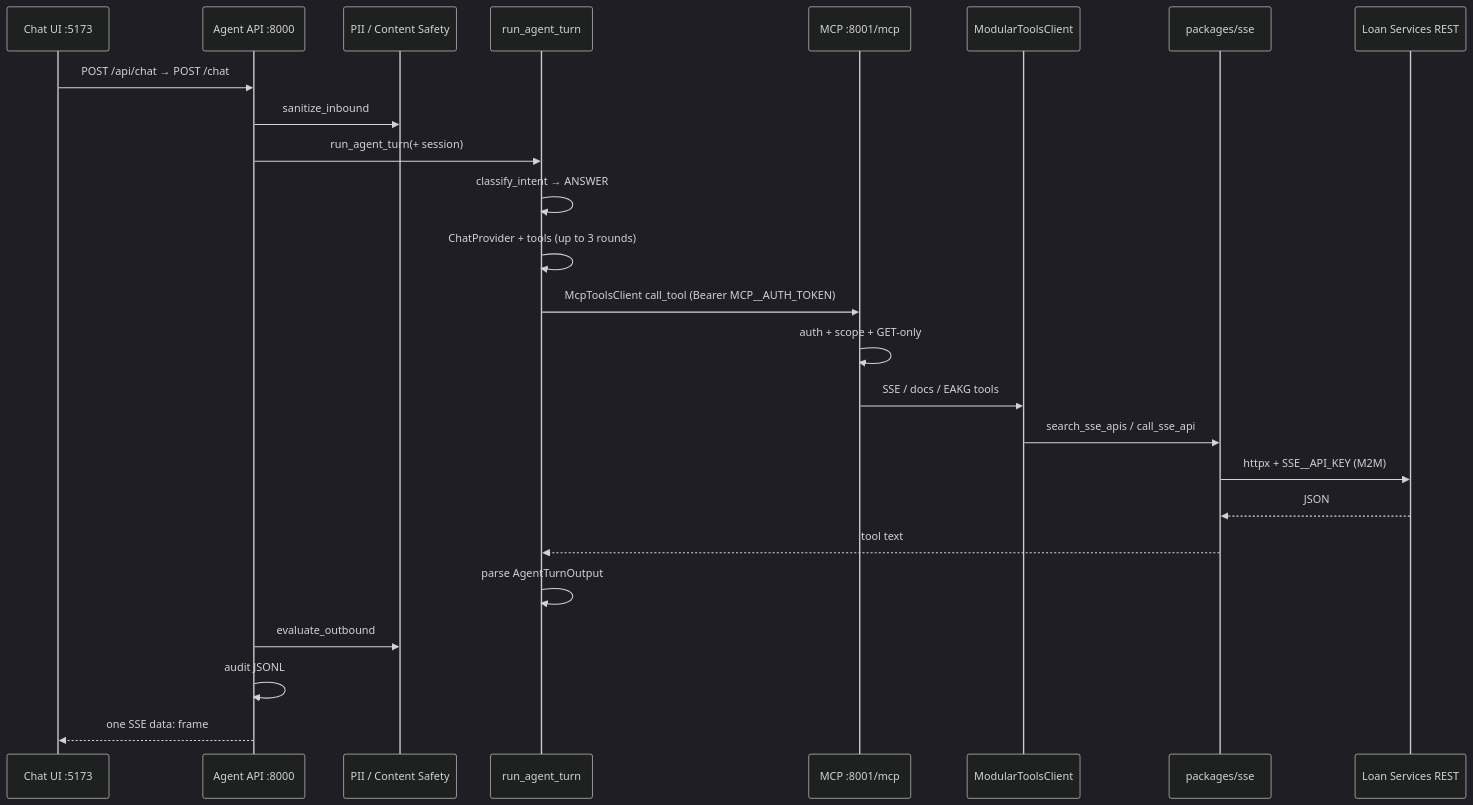
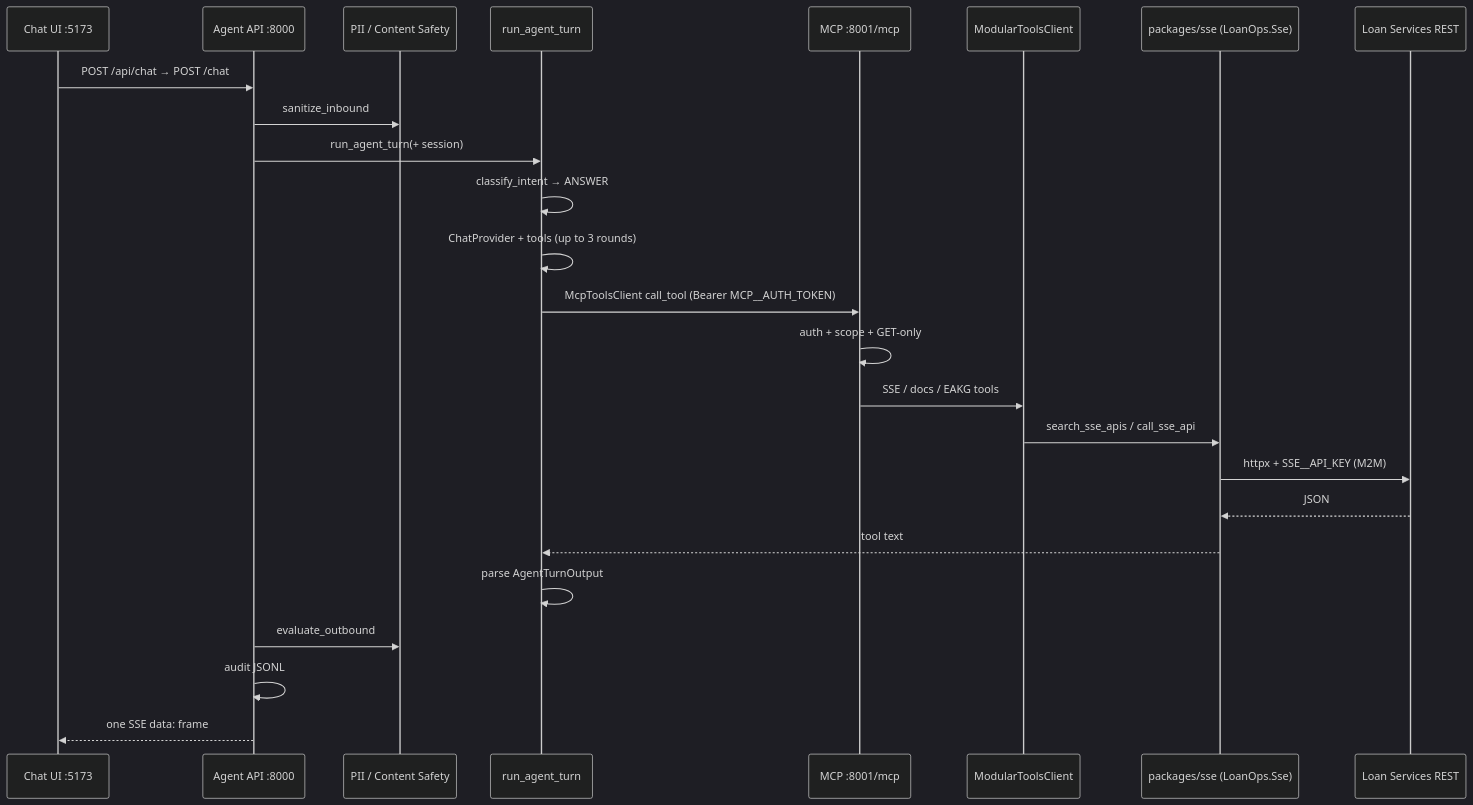
The first of 5 diagrams in docs/FLOWS.md (mohit-bohra-dev/LoanOps-Agent), drawn with Mermaid (dark theme) before and after one commit. The commit also changed other lines of this file and 269 other files, not shown here.

````diff
--- a/docs/FLOWS.md
+++ b/docs/FLOWS.md
@@ -46,28 +46,28 @@
 ```mermaid
 sequenceDiagram
   participant Rep as Chat UI :5173
   participant API as Agent API :8000
   participant Safety as PII / Content Safety
   participant Agent as run_agent_turn
   participant MCP as MCP :8001/mcp
   participant Mod as ModularToolsClient
-  participant SSE as packages/sse
+  participant SSE as packages/sse (LoanOps.Sse)
   participant Host as Loan Services REST
 
   Rep->>API: POST /api/chat → POST /chat
   API->>Safety: sanitize_inbound
   API->>Agent: run_agent_turn(+ session)
   Agent->>Agent: classify_intent → ANSWER
   Agent->>Agent: ChatProvider + tools (up to 3 rounds)
   Agent->>MCP: McpToolsClient call_tool (Bearer MCP__AUTH_TOKEN)
   MCP->>MCP: auth + scope + GET-only
   MCP->>Mod: SSE / docs / EAKG tools
   Mod->>SSE: search_sse_apis / call_sse_api
   SSE->>Host: httpx + SSE__API_KEY (M2M)
   Host-->>SSE: JSON
   SSE-->>Agent: tool text
   Agent->>Agent: parse AgentTurnOutput
   API->>Safety: evaluate_outbound
   API->>API: audit JSONL
   API-->>Rep: one SSE data: frame
 ```
````
